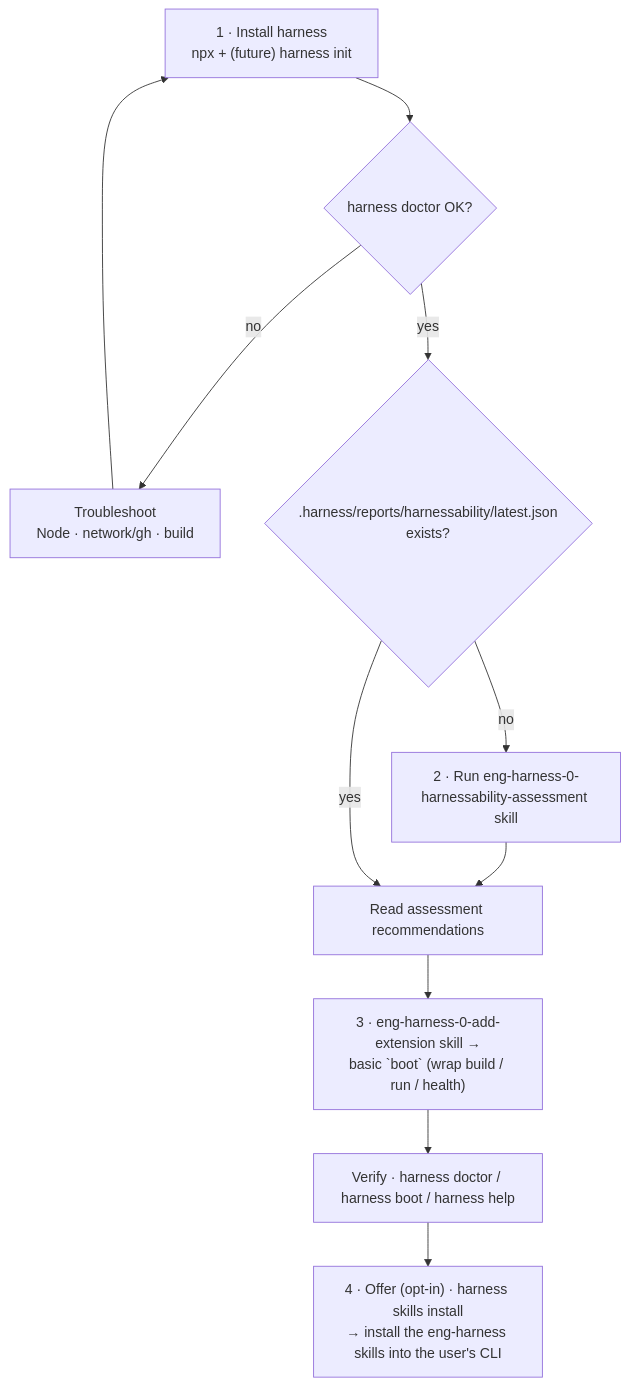
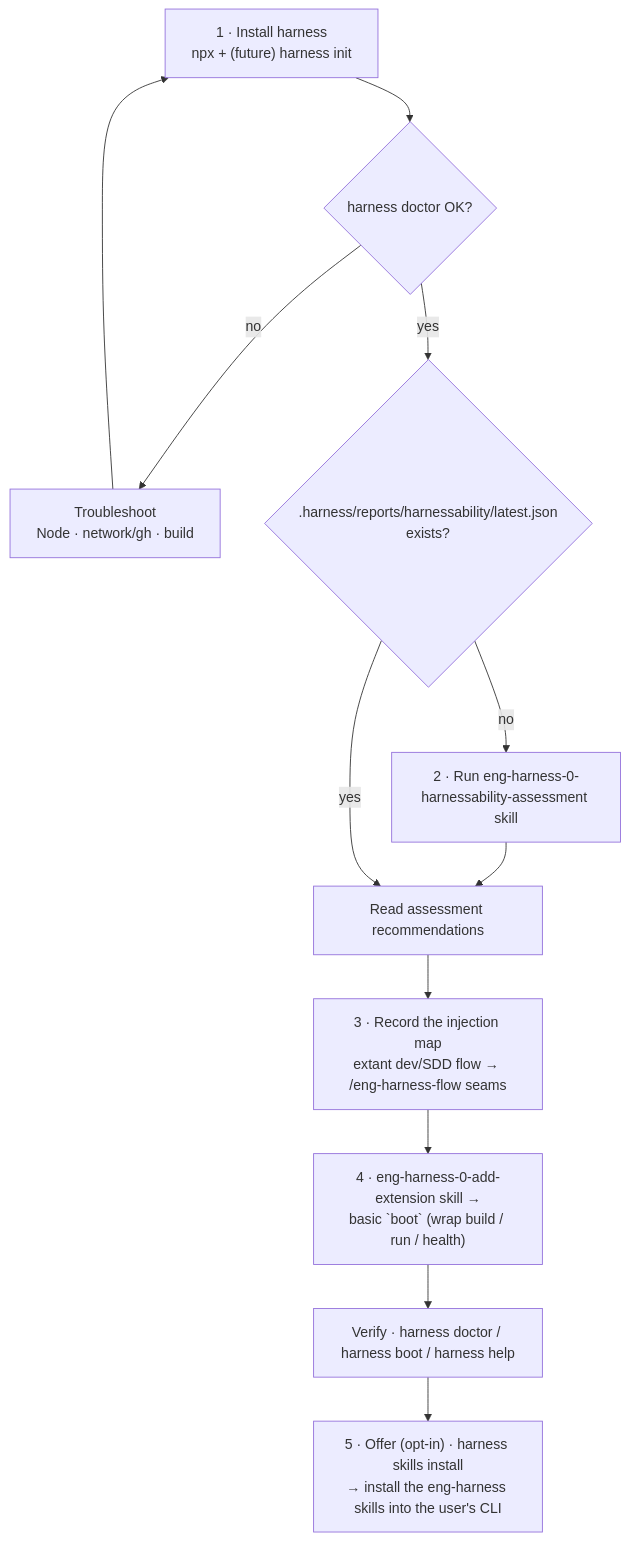
The diagram in skills/eng-harness-setup/eng-harness-0-setup/SKILL.md (AI-Substrate/harness-engineering), drawn with Mermaid before and after one commit. The commit also changed other lines of this file and 6 other files, not shown here.

````diff
--- a/skills/eng-harness-setup/eng-harness-0-setup/SKILL.md
+++ b/skills/eng-harness-setup/eng-harness-0-setup/SKILL.md
@@ -15,11 +15,12 @@
 ```mermaid
 flowchart TD
     A["1 · Install harness<br/>npx + (future) harness init"] --> Ad{harness doctor OK?}
     Ad -- no --> At["Troubleshoot<br/>Node · network/gh · build"] --> A
     Ad -- yes --> C{".harness/reports/harnessability/latest.json<br/>exists?"}
     C -- no --> D["2 · Run eng-harness-0-harnessability-assessment skill"] --> E
     C -- yes --> E["Read assessment recommendations"]
-    E --> F["3 · eng-harness-0-add-extension skill →<br/>basic `boot` (wrap build / run / health)"]
+    E --> I["3 · Record the injection map<br/>extant dev/SDD flow → /eng-harness-flow seams"]
+    I --> F["4 · eng-harness-0-add-extension skill →<br/>basic `boot` (wrap build / run / health)"]
     F --> V["Verify · harness doctor / harness boot / harness help"]
-    V --> S["4 · Offer (opt-in) · harness skills install<br/>→ install the eng-harness skills into the user's CLI"]
+    V --> S["5 · Offer (opt-in) · harness skills install<br/>→ install the eng-harness skills into the user's CLI"]
 ```
````
